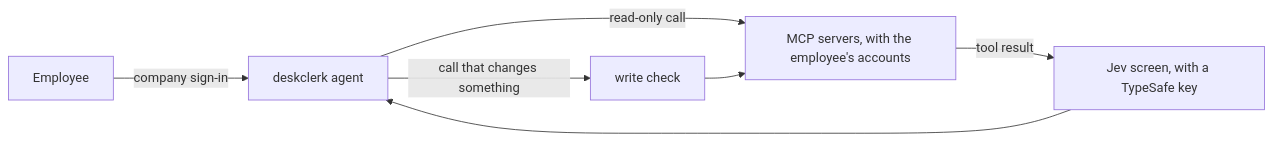
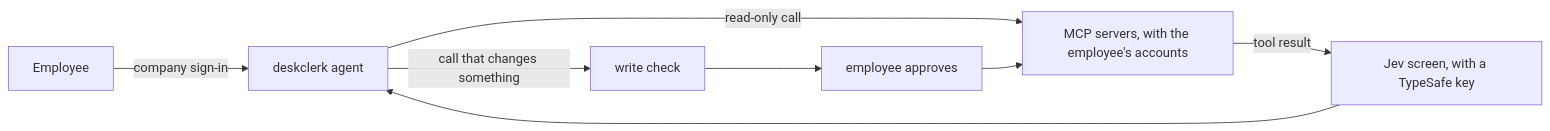
One commit to jiacwng/deskclerk changed the diagram in README.md. Above: the diagram before and after it, drawn with Mermaid. The commit also changed other lines of this file and 16 other files, not shown here.

Commit message:
feat: wait for the employee before a call that changes something (#79)

````diff
--- a/README.md
+++ b/README.md
@@ -12,7 +12,7 @@
 ```mermaid
 flowchart LR
     employee[Employee] -->|company sign-in| agent[deskclerk agent]
     agent -->|read-only call| servers[MCP servers, with the employee's accounts]
-    agent -->|call that changes something| check[write check] --> servers
+    agent -->|call that changes something| check[write check] --> confirm[employee approves] --> servers
     servers -->|tool result| screen[Jev screen, with a TypeSafe key] --> agent
 ```
````
